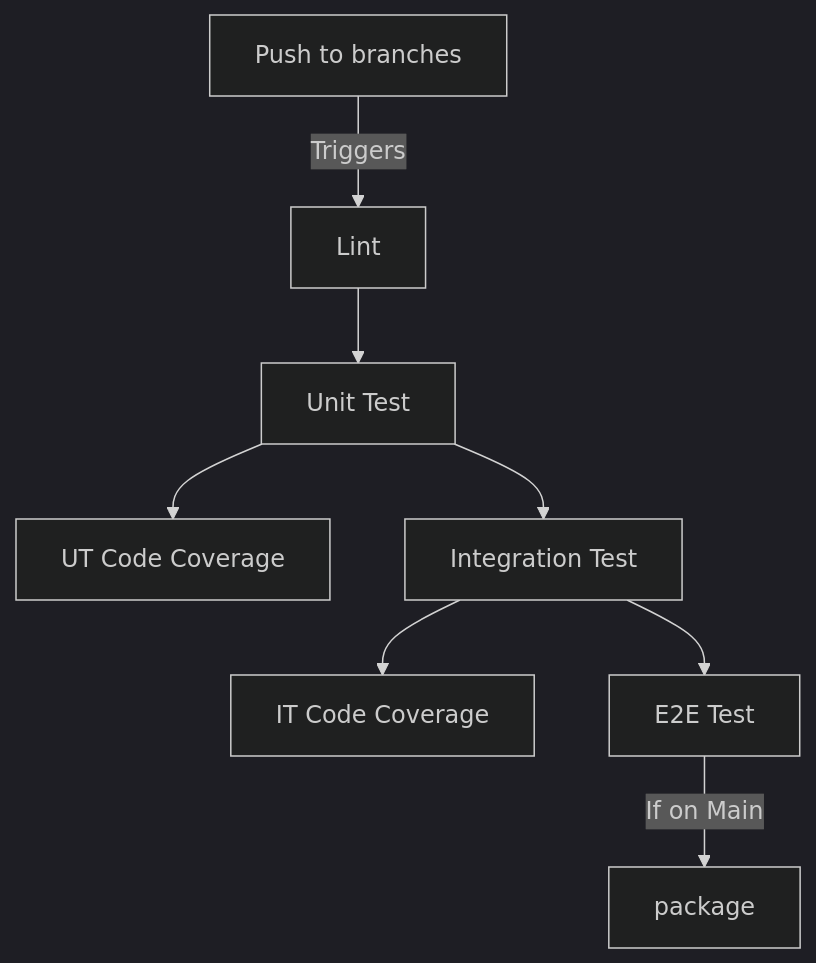
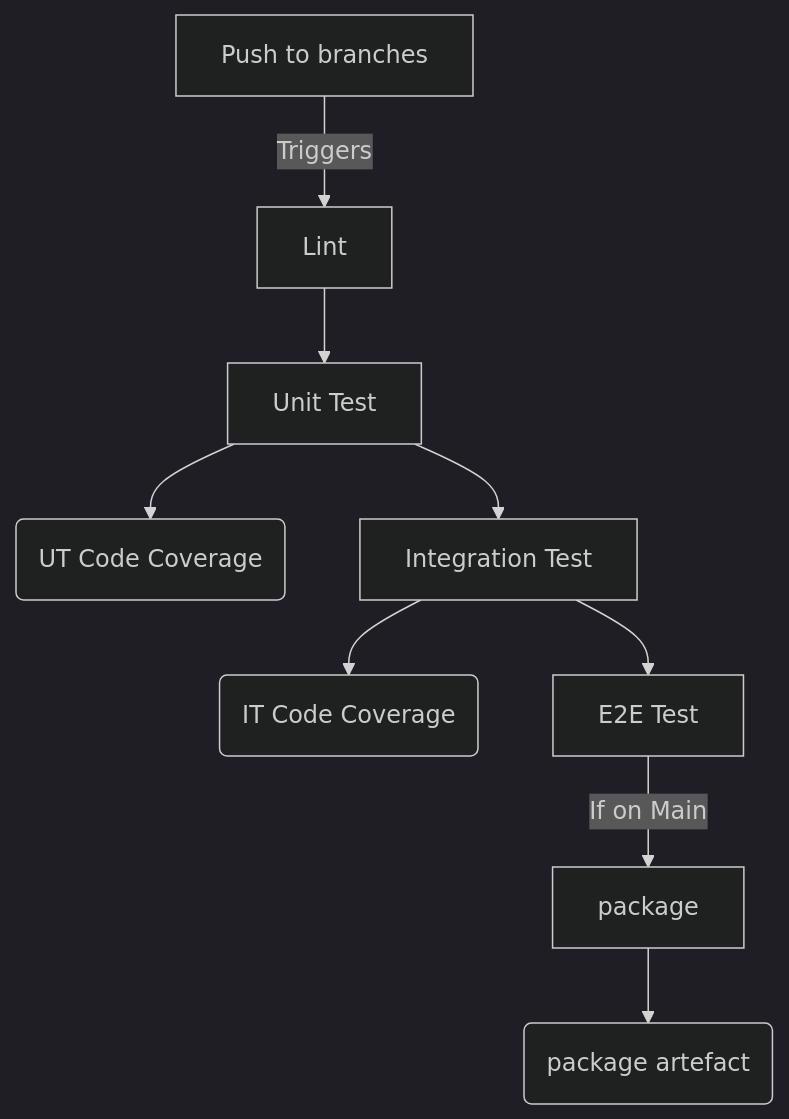
One commit to ZhenxinLi/DevOpsA1 changed the diagram in README.md. Above: the diagram before and after it, drawn with Mermaid (dark theme).

````diff
--- a/README.md
+++ b/README.md
@@ -40,10 +40,11 @@
   ```mermaid
   flowchart TD;
     A[Push to branches] -- Triggers --> B[Lint];
     B --> C[Unit Test];
-    C --> D[UT Code Coverage];
+    C --> D(UT Code Coverage);
     C --> E[Integration Test];
-    E --> F[IT Code Coverage];
+    E --> F(IT Code Coverage);
     E --> G[E2E Test];
     G -- If on Main --> H[package];
+    H --> I(package artefact);
   ```
````
